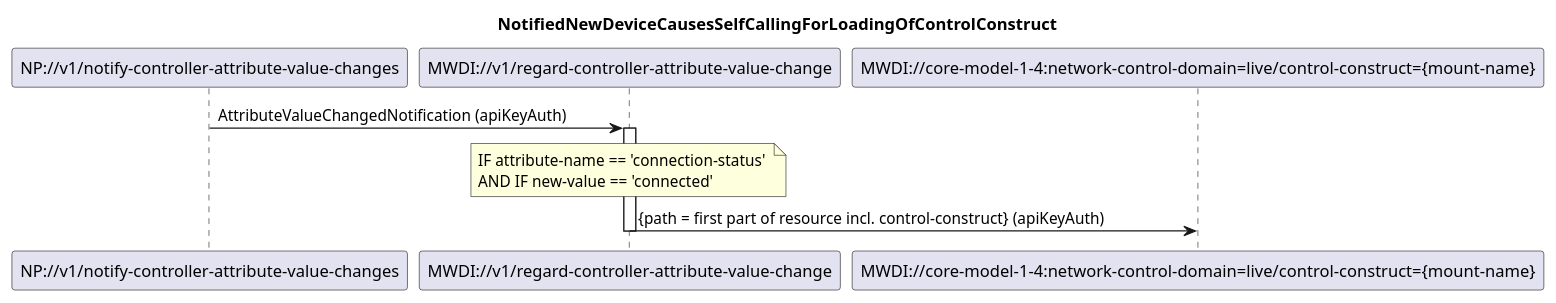
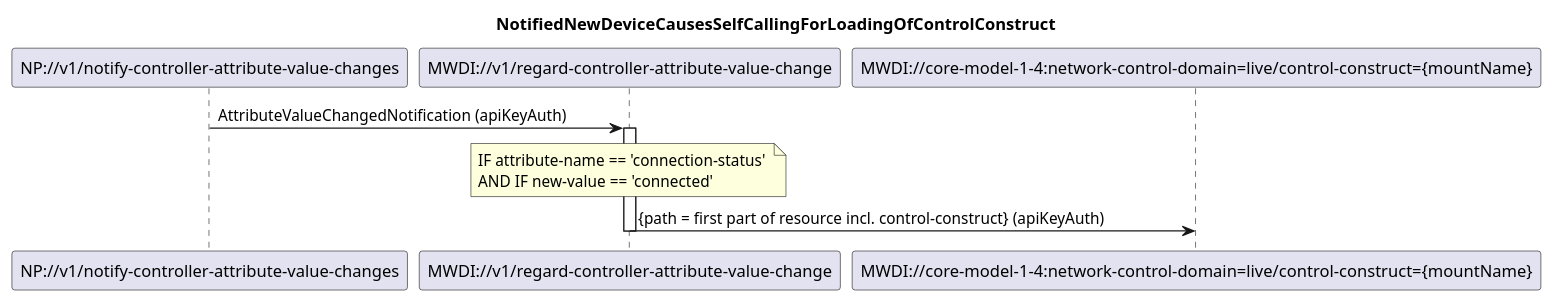
Before and after one commit to openBackhaul/MicroWaveDeviceInventory: the diagram in spec/diagrams/020_NotificationBasedDeviceListSyncAdd.plantuml, drawn with PlantUML. The commit also changed 11 other files, not shown here.

First line of the commit message:
Replace parameter mount-name by mountName

```diff
--- a/spec/diagrams/020_NotificationBasedDeviceListSyncAdd.plantuml
+++ b/spec/diagrams/020_NotificationBasedDeviceListSyncAdd.plantuml
@@ -1,21 +1,21 @@
 @startuml 020_NotificationBasedDeviceListSyncAdd
 skinparam responseMessageBelowArrow true
 
 title  NotifiedNewDeviceCausesSelfCallingForLoadingOfControlConstruct
 
 participant "NP://v1/notify-controller-attribute-value-changes" as subscription
 participant "MWDI://v1/regard-controller-attribute-value-change" as regardNewDevice
-participant "MWDI://core-model-1-4:network-control-domain=live/control-construct={mount-name}" as liveControlConstruct
+participant "MWDI://core-model-1-4:network-control-domain=live/control-construct={mountName}" as liveControlConstruct
 
 subscription -> regardNewDevice: AttributeValueChangedNotification (apiKeyAuth)
 activate regardNewDevice
 
 note over regardNewDevice
 IF attribute-name == 'connection-status' 
 AND IF new-value == 'connected'
 end note
 
 regardNewDevice -> liveControlConstruct: {path = first part of resource incl. control-construct} (apiKeyAuth)
 deactivate regardNewDevice
 
 @enduml
```
